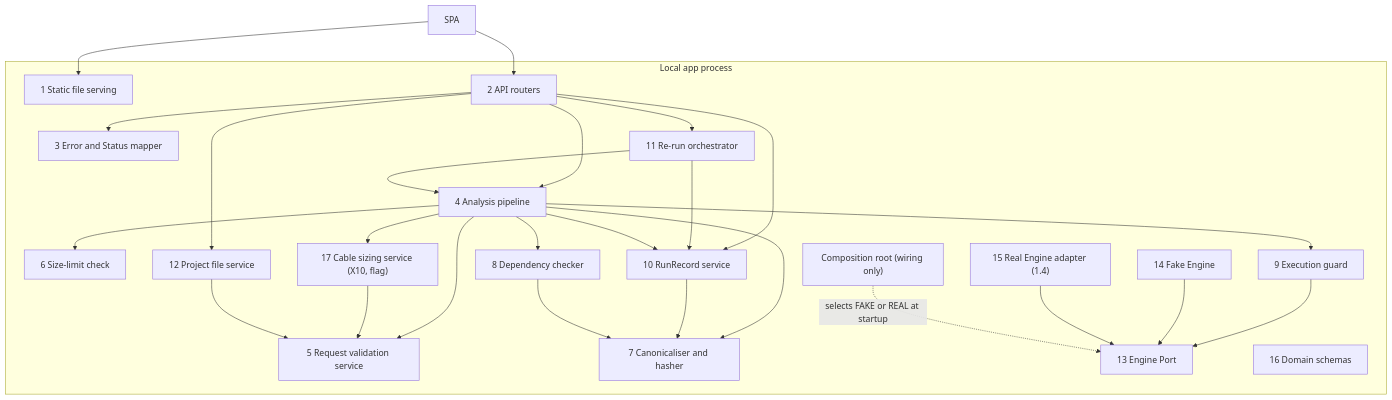
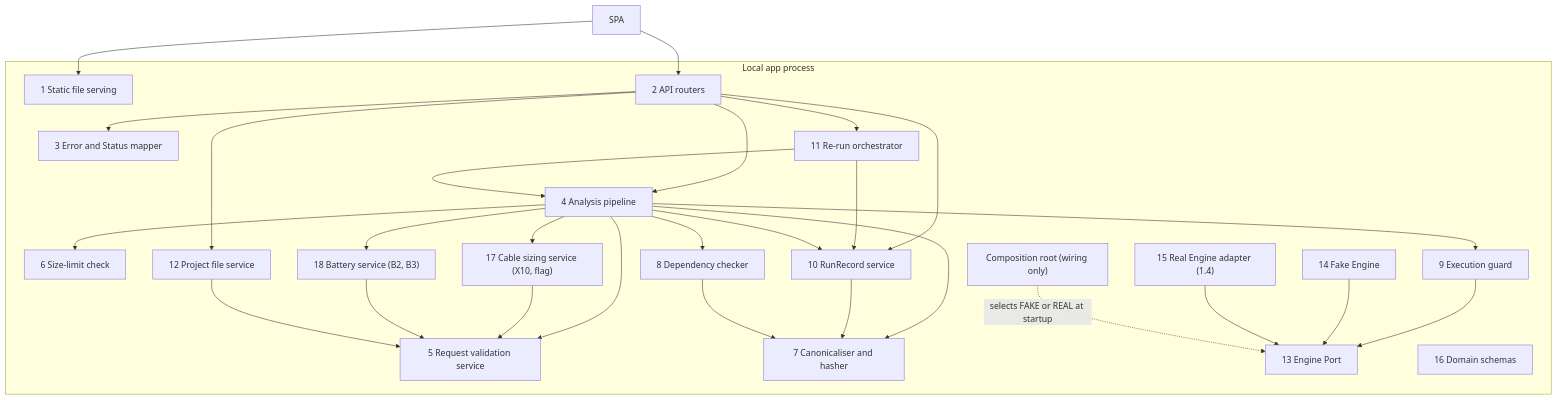
One commit to ralif444/Microgrid-Design-Tool changed the third of 5 diagrams in docs/04_architecture.md. Above: the diagram before and after it, drawn with Mermaid. The commit also changed other lines of this file and 59 other files, not shown here.

````diff
--- a/docs/04_architecture.md
+++ b/docs/04_architecture.md
@@ -69,48 +69,51 @@
 ```mermaid
 flowchart TB
     SPA["SPA"]
     subgraph APPP["Local app process"]
         STATIC["1 Static file serving"]
         ROUT["2 API routers"]
         MAP["3 Error and Status mapper"]
         PIPE["4 Analysis pipeline"]
         VAL["5 Request validation service"]
         LIM["6 Size-limit check"]
         CANON["7 Canonicaliser and hasher"]
         DEP["8 Dependency checker"]
         GUARD["9 Execution guard"]
         RR["10 RunRecord service"]
         ORCH["11 Re-run orchestrator"]
         PF["12 Project file service"]
         PORT["13 Engine Port"]
         FAKE["14 Fake Engine"]
         REAL["15 Real Engine adapter (1.4)"]
         DOM["16 Domain schemas"]
         CAB["17 Cable sizing service (X10, flag)"]
+        BAT["18 Battery service (B2, B3)"]
         ROOT["Composition root (wiring only)"]
     end
     SPA --> STATIC
     SPA --> ROUT
     ROUT --> MAP
     ROUT --> PIPE
     ROUT --> PF
     ROUT --> RR
     ROUT --> ORCH
     ORCH --> RR
     ORCH --> PIPE
     PIPE --> VAL
     PIPE --> LIM
     PIPE --> CANON
     PIPE --> DEP
     PIPE --> GUARD
     PIPE --> CAB
     CAB --> VAL
+    PIPE --> BAT
+    BAT --> VAL
     PIPE --> RR
     RR --> CANON
     DEP --> CANON
     PF --> VAL
     GUARD --> PORT
     FAKE --> PORT
     REAL --> PORT
     ROOT -. "selects FAKE or REAL at startup" .-> PORT
 ```
````
